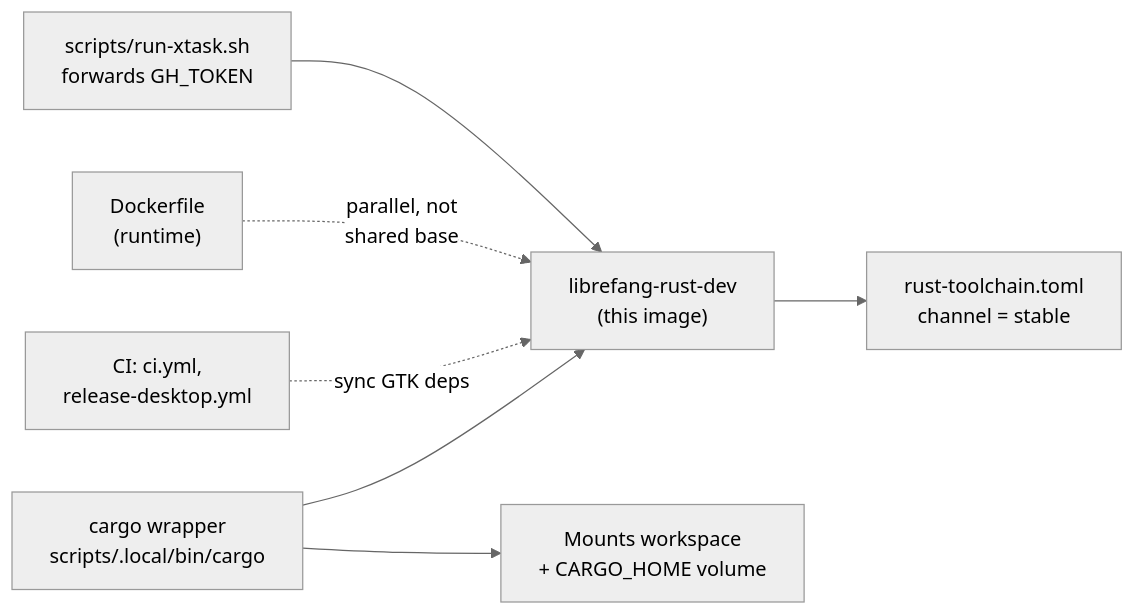
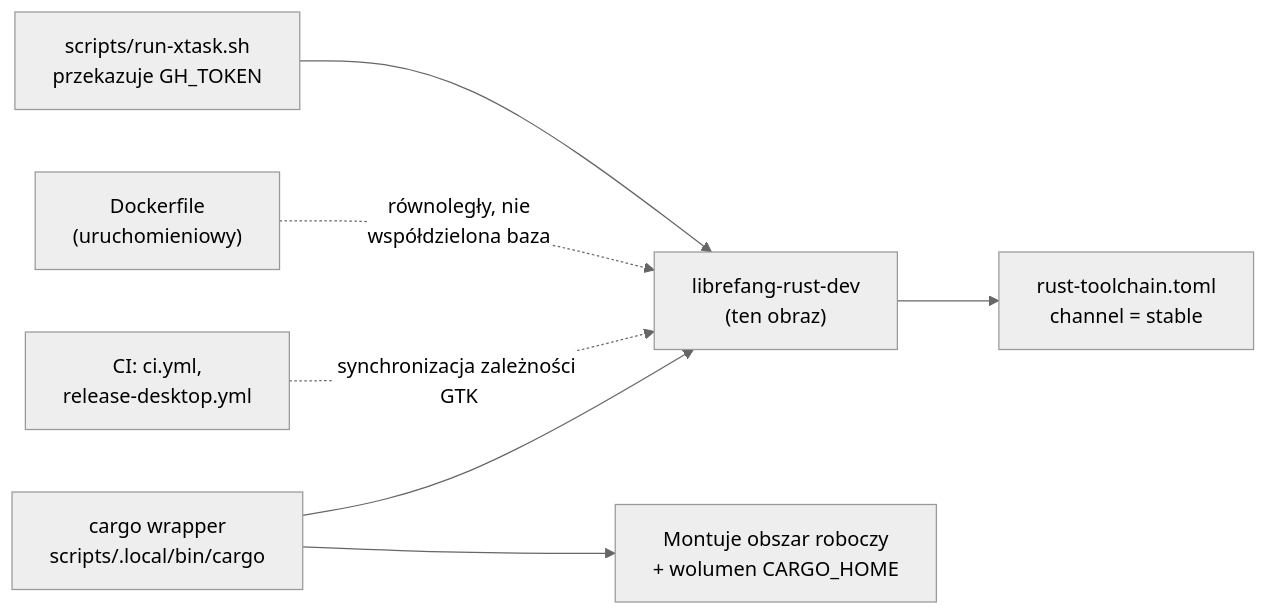
One commit to leszek3737/librefang-WIki changed the diagram in root-dockerfile-rust-dev.md. Above: the diagram before and after it, drawn with Mermaid (neutral theme). The commit also changed other lines of this file and 104 other files, not shown here.

````diff
--- a/root-dockerfile-rust-dev.md
+++ b/root-dockerfile-rust-dev.md
@@ -94,9 +94,9 @@
 ```mermaid
 graph LR
-  W["cargo wrapper<br/>scripts/.local/bin/cargo"] --> IMG["librefang-rust-dev<br/>(this image)"]
+  W["cargo wrapper<br/>scripts/.local/bin/cargo"] --> IMG["librefang-rust-dev<br/>(ten obraz)"]
   IMG --> RTC["rust-toolchain.toml<br/>channel = stable"]
-  W --> MT["Mounts workspace<br/>+ CARGO_HOME volume"]
-  CI["CI: ci.yml,<br/>release-desktop.yml"] -.->|"sync GTK deps"| IMG
-  RT["Dockerfile<br/>(runtime)"] -.->|"parallel, not<br/>shared base"| IMG
-  XT["scripts/run-xtask.sh<br/>forwards GH_TOKEN"] --> IMG
+  W --> MT["Montuje obszar roboczy<br/>+ wolumen CARGO_HOME"]
+  CI["CI: ci.yml,<br/>release-desktop.yml"] -.->|"synchronizacja zależności GTK"| IMG
+  RT["Dockerfile<br/>(uruchomieniowy)"] -.->|"równoległy, nie<br/>współdzielona baza"| IMG
+  XT["scripts/run-xtask.sh<br/>przekazuje GH_TOKEN"] --> IMG
 ```
````
